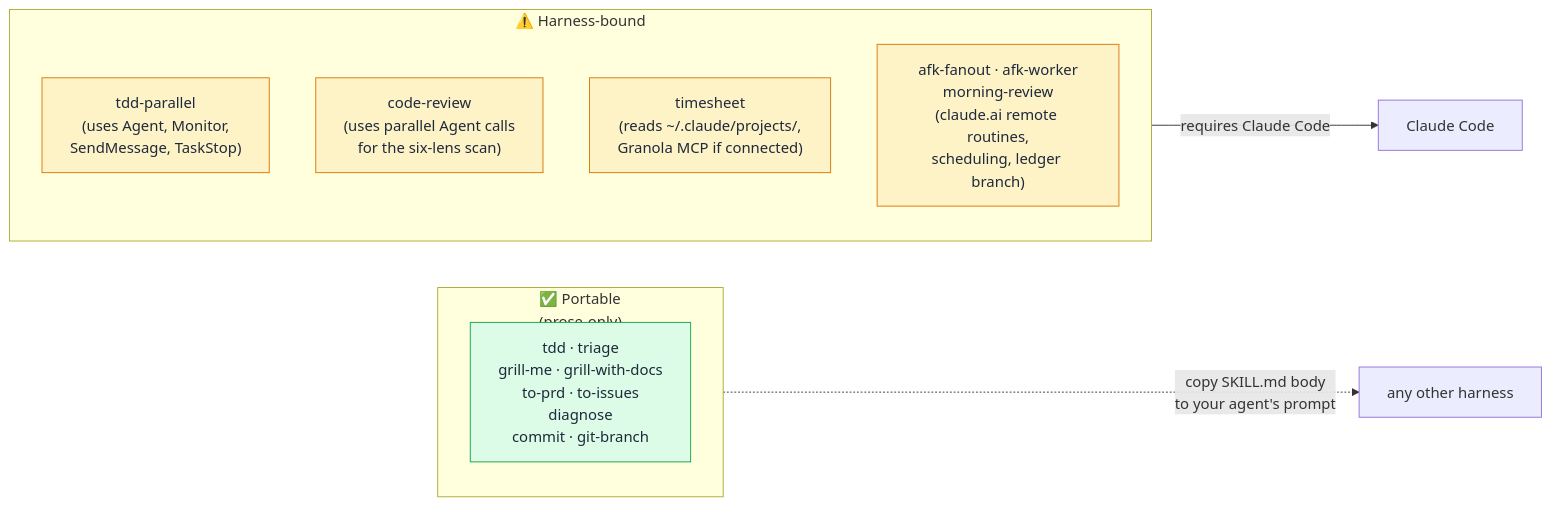
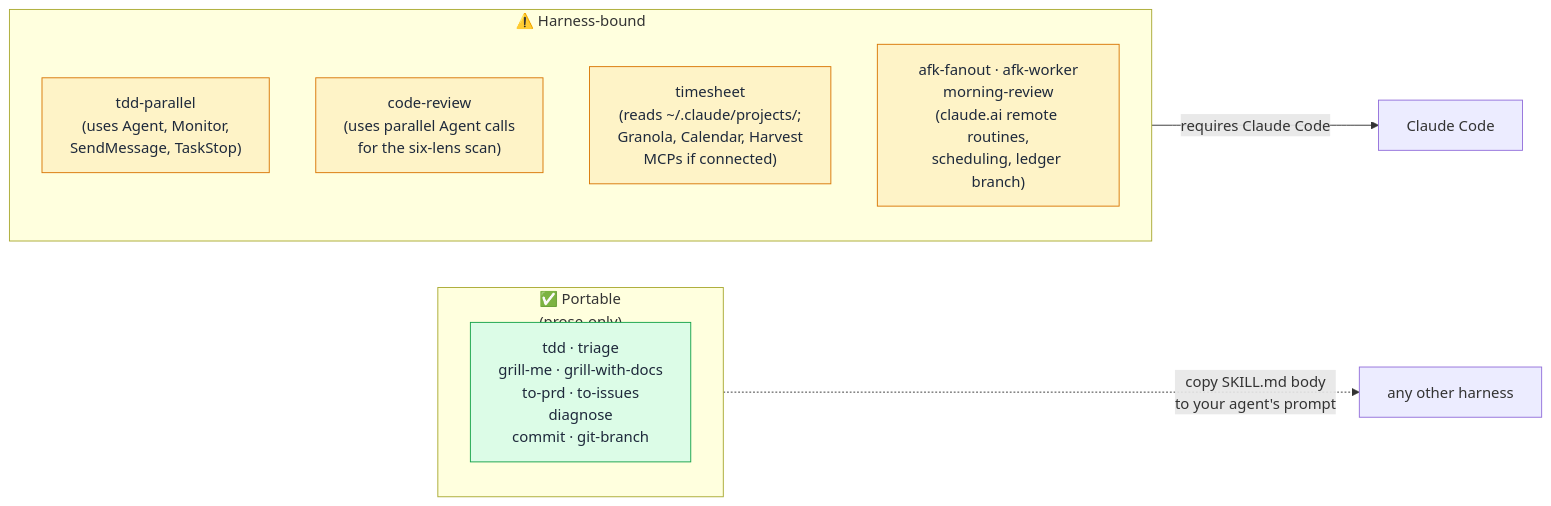
Before and after one commit to ZunoSmartLabs/zsl-superpowers: the first of 5 diagrams in docs/faq.md, drawn with Mermaid. The commit also changed 8 other files, not shown here.

First line of the commit message:
feat(timesheet): read the calendar, emit activity blocks, and propose Harvest entries

````diff
--- a/docs/faq.md
+++ b/docs/faq.md
@@ -17,19 +17,19 @@
 ```mermaid
 flowchart LR
     subgraph portable["✅ Portable<br/>(prose-only)"]
         p1["tdd · triage<br/>grill-me · grill-with-docs<br/>to-prd · to-issues<br/>diagnose<br/>commit · git-branch"]
     end
     subgraph harness["⚠️ Harness-bound"]
         h1["tdd-parallel<br/>(uses Agent, Monitor,<br/>SendMessage, TaskStop)"]
         h3["code-review<br/>(uses parallel Agent calls<br/>for the six-lens scan)"]
-        h2["timesheet<br/>(reads ~/.claude/projects/,<br/>Granola MCP if connected)"]
+        h2["timesheet<br/>(reads ~/.claude/projects/;<br/>Granola, Calendar, Harvest<br/>MCPs if connected)"]
         h4["afk-fanout · afk-worker<br/>morning-review<br/>(claude.ai remote routines,<br/>scheduling, ledger branch)"]
     end
     portable -.->|"copy SKILL.md body<br/>to your agent's prompt"| other["any other harness"]
     harness -->|"requires Claude Code"| cc["Claude Code"]
 
     classDef good fill:#dcfce7,stroke:#16a34a,color:#1e293b;
     classDef bound fill:#fef3c7,stroke:#d97706,color:#1e293b;
     class p1 good
     class h1,h2,h3,h4 bound
 ```
````
